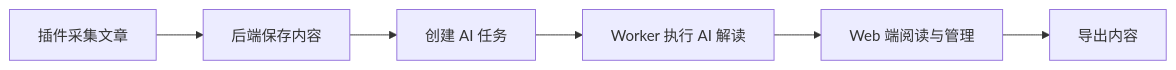
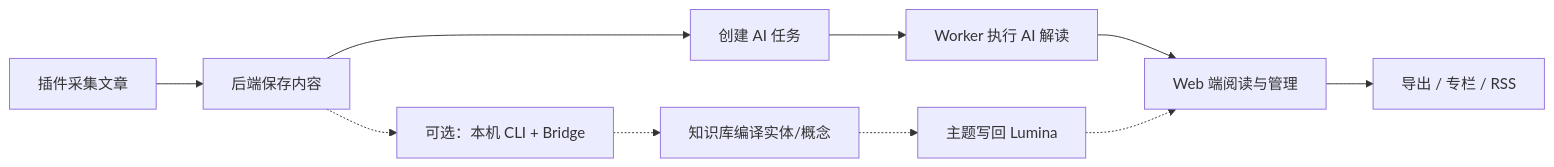
One commit to shawnxie94/lumina changed the diagram in README.zh-CN.md. Above: the diagram before and after it, drawn with Mermaid. The commit also changed other lines of this file and 1 other file, not shown here.

````diff
--- a/README.zh-CN.md
+++ b/README.zh-CN.md
@@ -24,8 +25,12 @@
 ```mermaid
 flowchart LR
     A["插件采集文章"] --> B["后端保存内容"]
     B --> C["创建 AI 任务"]
     C --> D["Worker 执行 AI 解读"]
     D --> E["Web 端阅读与管理"]
-    E --> F["导出内容"]
+    E --> F["导出 / 专栏 / RSS"]
+    B -.-> G["可选：本机 CLI + Bridge"]
+    G -.-> H["知识库编译实体/概念"]
+    H -.-> I["主题写回 Lumina"]
+    I -.-> E
 ```
````
